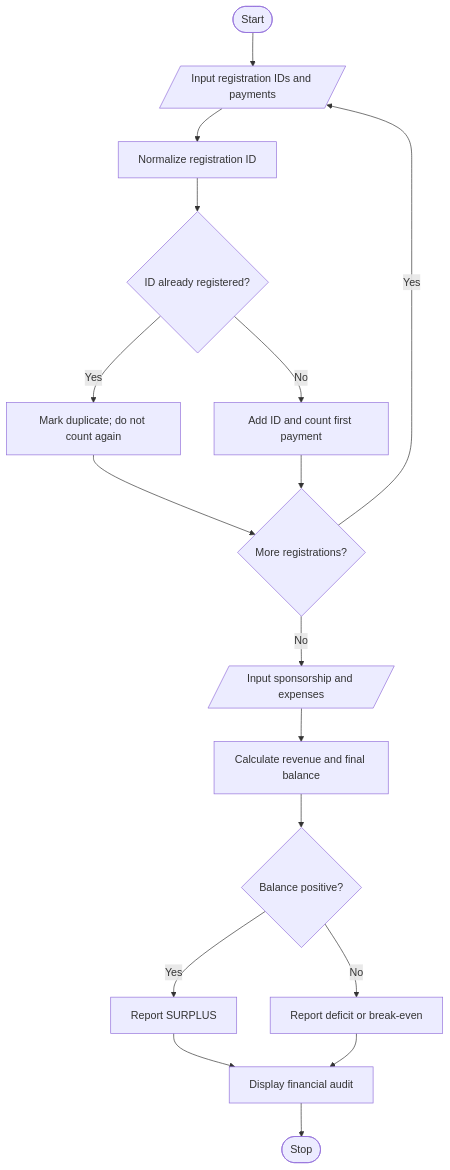
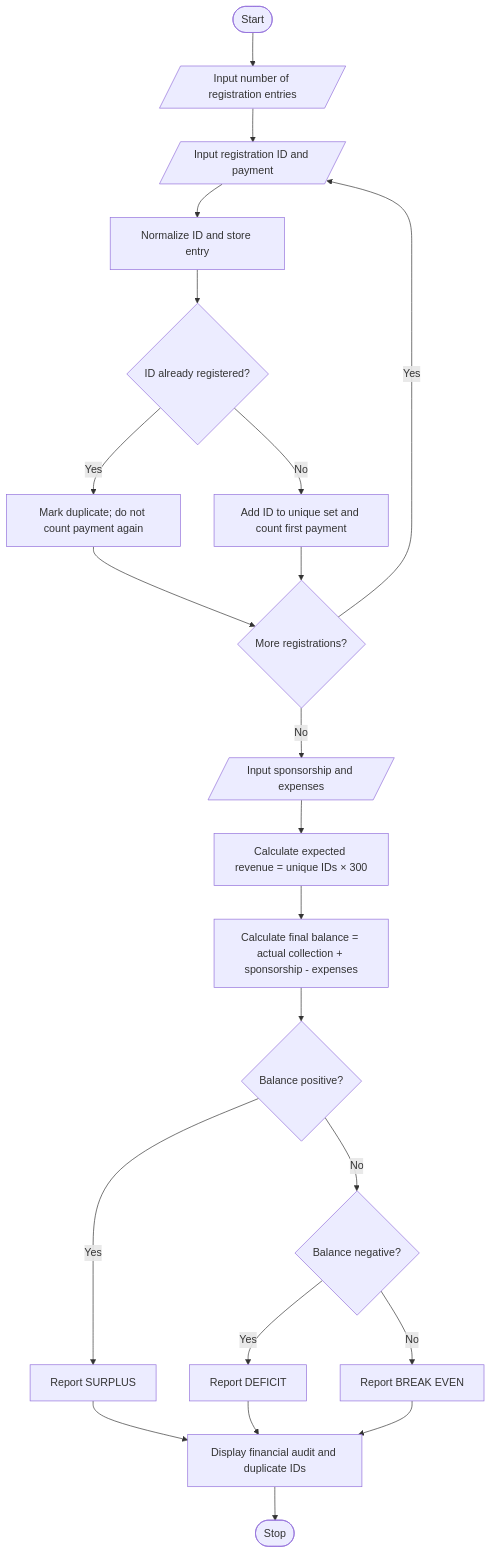
The diagram in Python-ABL/07_campus_festival_registration_audit/flowchart.mmd (vinaychundi/PYTHON-ABL), drawn with Mermaid before and after one commit. The commit also changed other lines of this file, not shown here.

Commit message:
Correct flowchart logic for 07_campus_festival_registration_audit

````diff
--- a/Python-ABL/07_campus_festival_registration_audit/flowchart.mmd
+++ b/Python-ABL/07_campus_festival_registration_audit/flowchart.mmd
@@ -3,19 +3,24 @@
 ```mermaid
 flowchart TD
- A([Start]) --> B[/Input registration IDs and payments/]
- B --> C[Normalize registration ID]
- C --> D{ID already registered?}
- D -- Yes --> E[Mark duplicate; do not count again]
- D -- No --> F[Add ID and count first payment]
- E --> G{More registrations?}
- F --> G
- G -- Yes --> B
- G -- No --> H[/Input sponsorship and expenses/]
- H --> I[Calculate revenue and final balance]
- I --> J{Balance positive?}
- J -- Yes --> K[Report SURPLUS]
- J -- No --> L[Report deficit or break-even]
- K --> M[Display financial audit]
- L --> M
- M --> N([Stop])
+ A([Start]) --> B[/Input number of registration entries/]
+ B --> C[/Input registration ID and payment/]
+ C --> D[Normalize ID and store entry]
+ D --> E{ID already registered?}
+ E -- Yes --> F[Mark duplicate; do not count payment again]
+ E -- No --> G[Add ID to unique set and count first payment]
+ F --> H{More registrations?}
+ G --> H
+ H -- Yes --> C
+ H -- No --> I[/Input sponsorship and expenses/]
+ I --> J[Calculate expected revenue = unique IDs × 300]
+ J --> K[Calculate final balance = actual collection + sponsorship - expenses]
+ K --> L{Balance positive?}
+ L -- Yes --> M[Report SURPLUS]
+ L -- No --> N{Balance negative?}
+ N -- Yes --> O[Report DEFICIT]
+ N -- No --> P[Report BREAK EVEN]
+ M --> Q[Display financial audit and duplicate IDs]
+ O --> Q
+ P --> Q
+ Q --> R([Stop])
 ```
````
